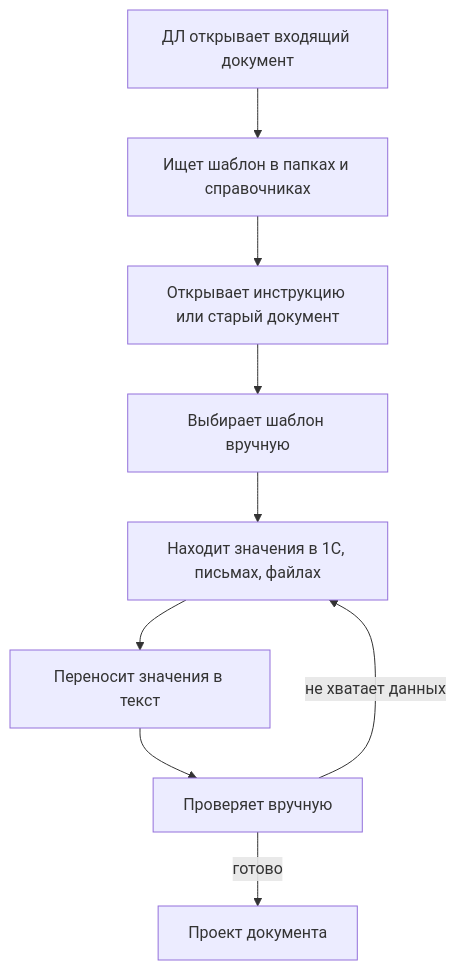
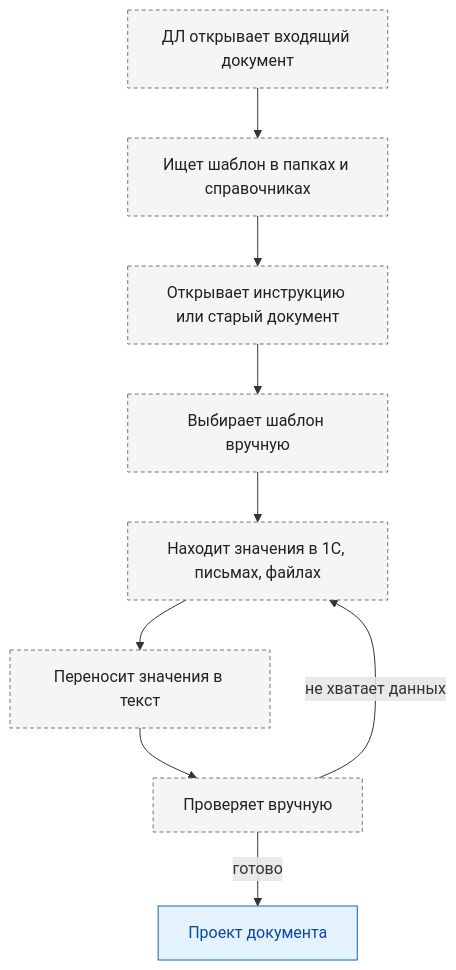
Before and after one commit to igorvolk1961/ai_scrivener: the third of 16 diagrams in docs/process-diagrams.md, drawn with Mermaid. The commit also changed other lines of this file and 16 other files, not shown here.

First line of the commit message:
Reorganize docs, add C4 model and color process diagrams

````diff
--- a/docs/process-diagrams.md
+++ b/docs/process-diagrams.md
@@ -125,11 +160,15 @@
 ```mermaid
 flowchart TD
   A["ДЛ открывает входящий документ"] --> B["Ищет шаблон в папках и справочниках"]
   B --> C["Открывает инструкцию или старый документ"]
   C --> D["Выбирает шаблон вручную"]
   D --> E["Находит значения в 1С, письмах, файлах"]
   E --> F["Переносит значения в текст"]
   F --> G["Проверяет вручную"]
   G -->|"не хватает данных"| E
   G -->|"готово"| H["Проект документа"]
+  classDef base fill:#E3F2FD,stroke:#1565C0,color:#0D47A1
+  classDef manual fill:#F5F5F5,stroke:#757575,color:#212121,stroke-dasharray: 4 3
+  class A,B,C,D,E,F,G manual
+  class H base
 ```
````
